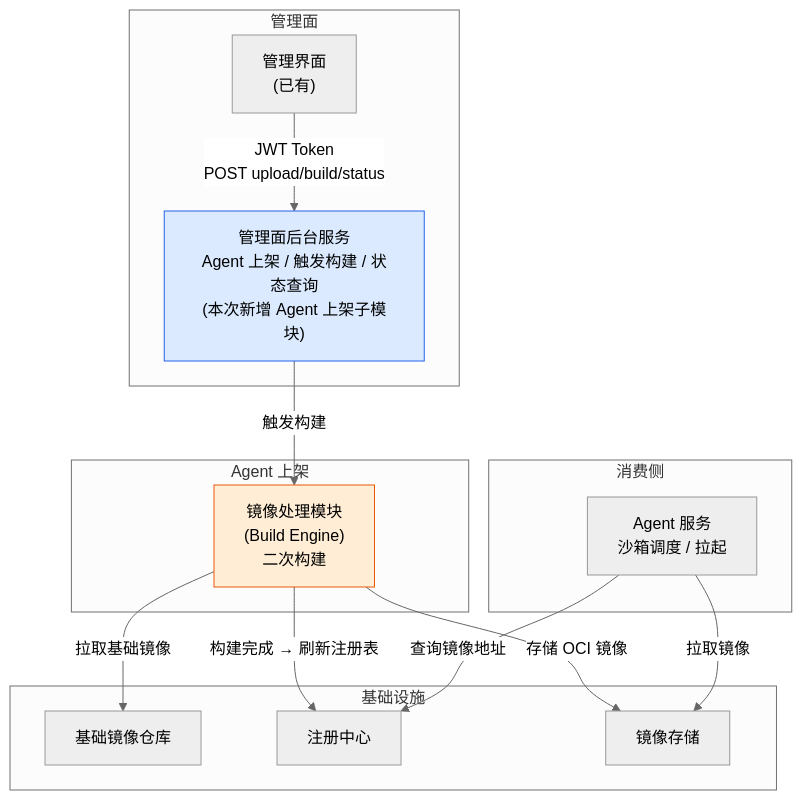
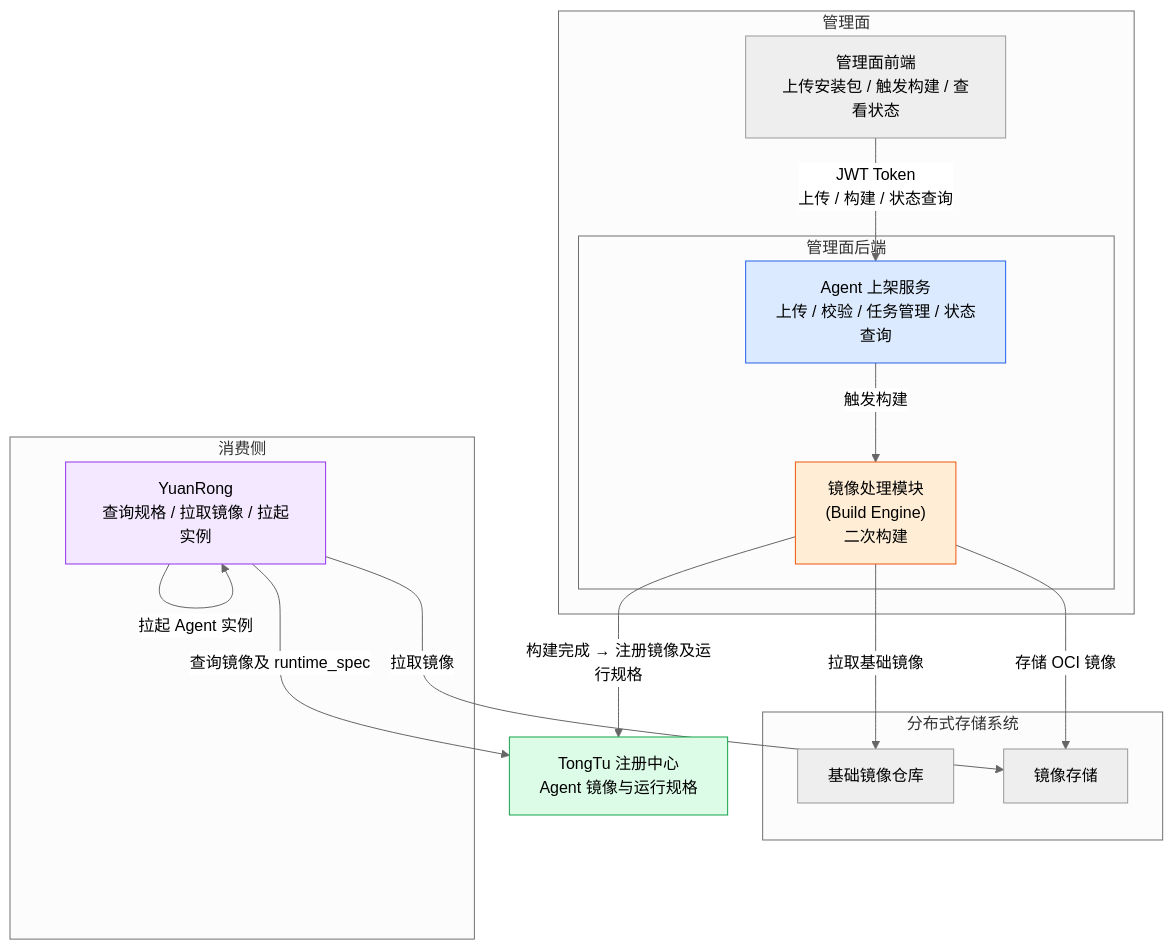
The first of 3 diagrams in codeagent/docs/design/claude-code-offline-install.md (csoulnd/InferTechNote), drawn with Mermaid (neutral theme) before and after one commit. The commit also changed other lines of this file, not shown here.

Commit message:
docs: clarify agent architecture and admin access

````diff
--- a/codeagent/docs/design/claude-code-offline-install.md
+++ b/codeagent/docs/design/claude-code-offline-install.md
@@ -39,32 +39,35 @@
 ```mermaid
 flowchart TB
     subgraph 管理面
-        UI["管理界面<br/>(已有)"]
-        ADMIN["管理面后台服务<br/>Agent 上架 / 触发构建 / 状态查询<br/>(本次新增 Agent 上架子模块)"]
+        UI["管理面前端<br/>上传安装包 / 触发构建 / 查看状态"]
+        subgraph 管理面后端
+            ADMIN["Agent 上架服务<br/>上传 / 校验 / 任务管理 / 状态查询"]
+            BE["镜像处理模块<br/>(Build Engine)<br/>二次构建"]
+        end
     end
 
-    subgraph Agent 上架
-        BE["镜像处理模块<br/>(Build Engine)<br/>二次构建"]
-    end
-
-    subgraph 基础设施
+    subgraph 分布式存储系统
         BR["基础镜像仓库"]
-        REG["注册中心"]
         STORE["镜像存储"]
     end
 
+    REG["TongTu 注册中心<br/>Agent 镜像与运行规格"]
+
     subgraph 消费侧
-        SANDBOX["Agent 服务<br/>沙箱调度 / 拉起"]
+        YUANRONG["YuanRong<br/>查询规格 / 拉取镜像 / 拉起实例"]
     end
 
-    UI -->|"JWT Token<br/>POST upload/build/status"| ADMIN
+    UI -->|"JWT Token<br/>上传 / 构建 / 状态查询"| ADMIN
     ADMIN -->|"触发构建"| BE
     BE -->|"拉取基础镜像"| BR
     BE -->|"存储 OCI 镜像"| STORE
-    BE -->|"构建完成 → 刷新注册表"| REG
-    SANDBOX -->|"查询镜像地址"| REG
-    SANDBOX -->|"拉取镜像"| STORE
+    BE -->|"构建完成 → 注册镜像及运行规格"| REG
+    YUANRONG -->|"查询镜像及 runtime_spec"| REG
+    YUANRONG -->|"拉取镜像"| STORE
+    YUANRONG -->|"拉起 Agent 实例"| YUANRONG
 
     style BE fill:#ffedd5,stroke:#ea580c
     style ADMIN fill:#dbeafe,stroke:#2563eb
+    style REG fill:#dcfce7,stroke:#16a34a
+    style YUANRONG fill:#f3e8ff,stroke:#9333ea
 ```
````
